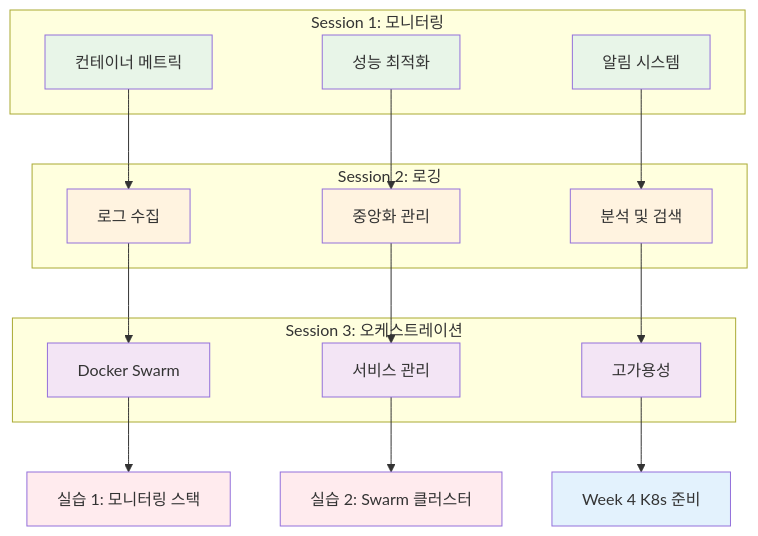
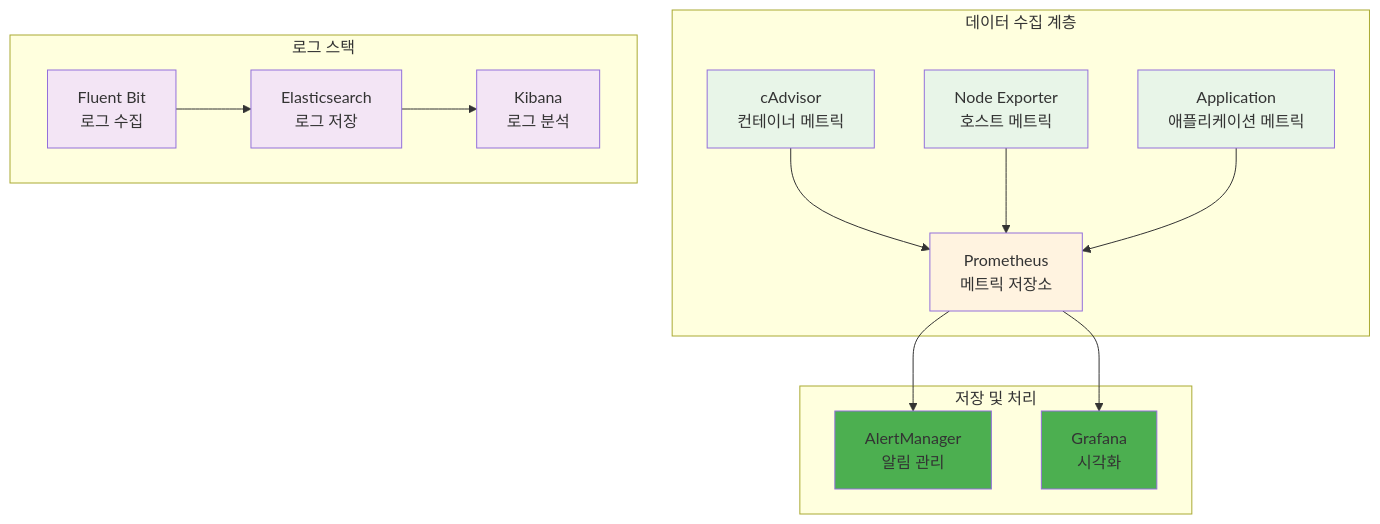
The eighth of 10 diagrams in theory/week_02/day3/README.md (niceguy61/kdt_devops_lecture_2025), drawn with Mermaid before and after one commit. The commit also changed other lines of this file and 68 other files, not shown here.

````diff
--- a/theory/week_02/day3/README.md
+++ b/theory/week_02/day3/README.md
@@ -59,44 +450,28 @@
 ```mermaid
 graph TB
-    subgraph "Session 1: 모니터링"
-        A1[컨테이너 메트릭]
-        A2[성능 최적화]
-        A3[알림 시스템]
+    subgraph "데이터 수집 계층"
+        A[cAdvisor<br/>컨테이너 메트릭] --> D[Prometheus<br/>메트릭 저장소]
+        B[Node Exporter<br/>호스트 메트릭] --> D
+        C[Application<br/>애플리케이션 메트릭] --> D
     end
     
-    subgraph "Session 2: 로깅"
-        B1[로그 수집]
-        B2[중앙화 관리]
-        B3[분석 및 검색]
+    subgraph "저장 및 처리"
+        D --> E[AlertManager<br/>알림 관리]
+        D --> F[Grafana<br/>시각화]
     end
     
-    subgraph "Session 3: 오케스트레이션"
-        C1[Docker Swarm]
-        C2[서비스 관리]
-        C3[고가용성]
+    subgraph "로그 스택"
+        G[Fluent Bit<br/>로그 수집] --> H[Elasticsearch<br/>로그 저장]
+        H --> I[Kibana<br/>로그 분석]
     end
     
-    A1 --> B1
-    A2 --> B2
-    A3 --> B3
-    B1 --> C1
-    B2 --> C2
-    B3 --> C3
-    
-    C1 --> D[실습 1: 모니터링 스택]
-    C2 --> E[실습 2: Swarm 클러스터]
-    C3 --> F[Week 4 K8s 준비]
-    
-    style A1 fill:#e8f5e8
-    style A2 fill:#e8f5e8
-    style A3 fill:#e8f5e8
-    style B1 fill:#fff3e0
-    style B2 fill:#fff3e0
-    style B3 fill:#fff3e0
-    style C1 fill:#f3e5f5
-    style C2 fill:#f3e5f5
-    style C3 fill:#f3e5f5
-    style D fill:#ffebee
-    style E fill:#ffebee
-    style F fill:#e3f2fd
+    style A fill:#e8f5e8
+    style B fill:#e8f5e8
+    style C fill:#e8f5e8
+    style D fill:#fff3e0
+    style E fill:#4caf50
+    style F fill:#4caf50
+    style G fill:#f3e5f5
+    style H fill:#f3e5f5
+    style I fill:#f3e5f5
 ```
````
